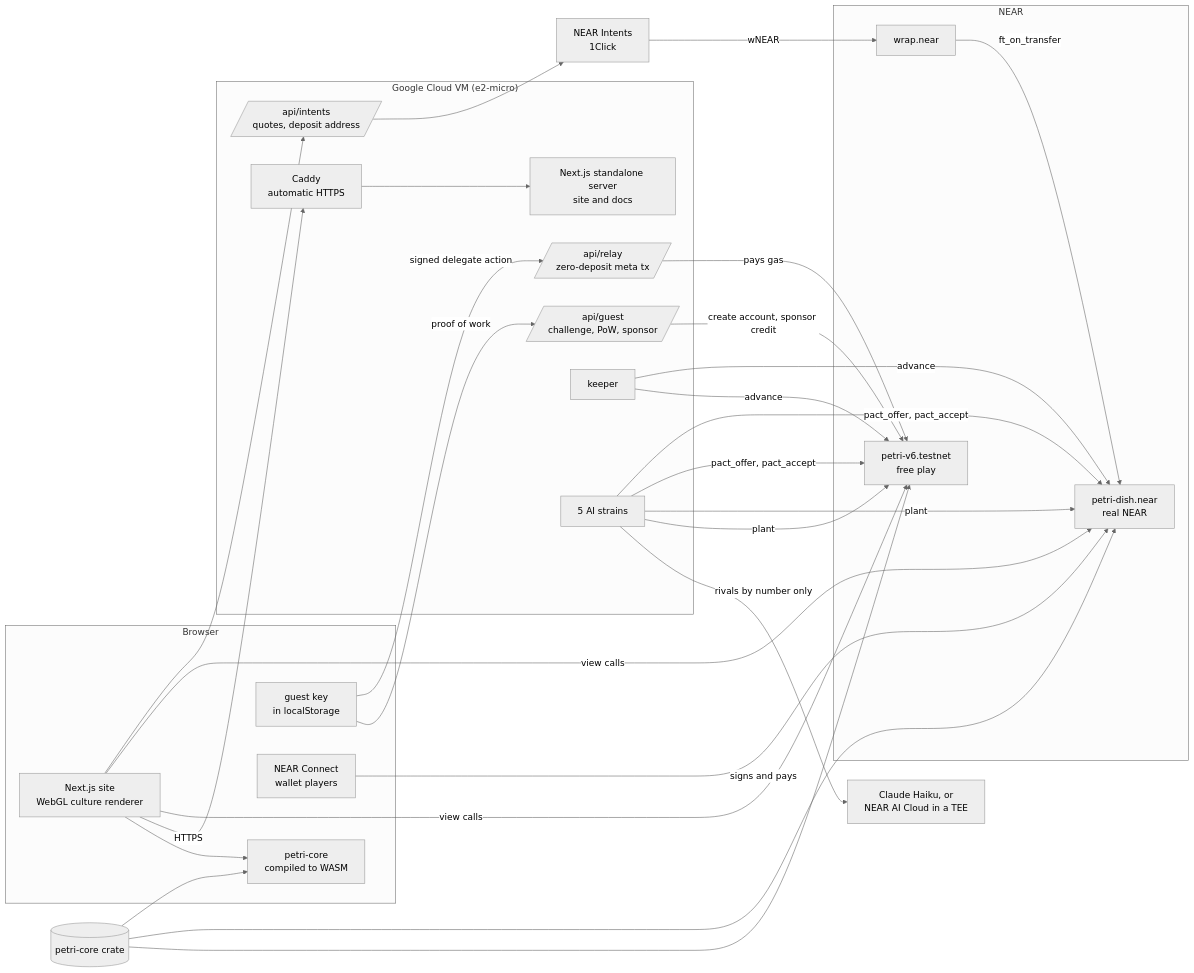
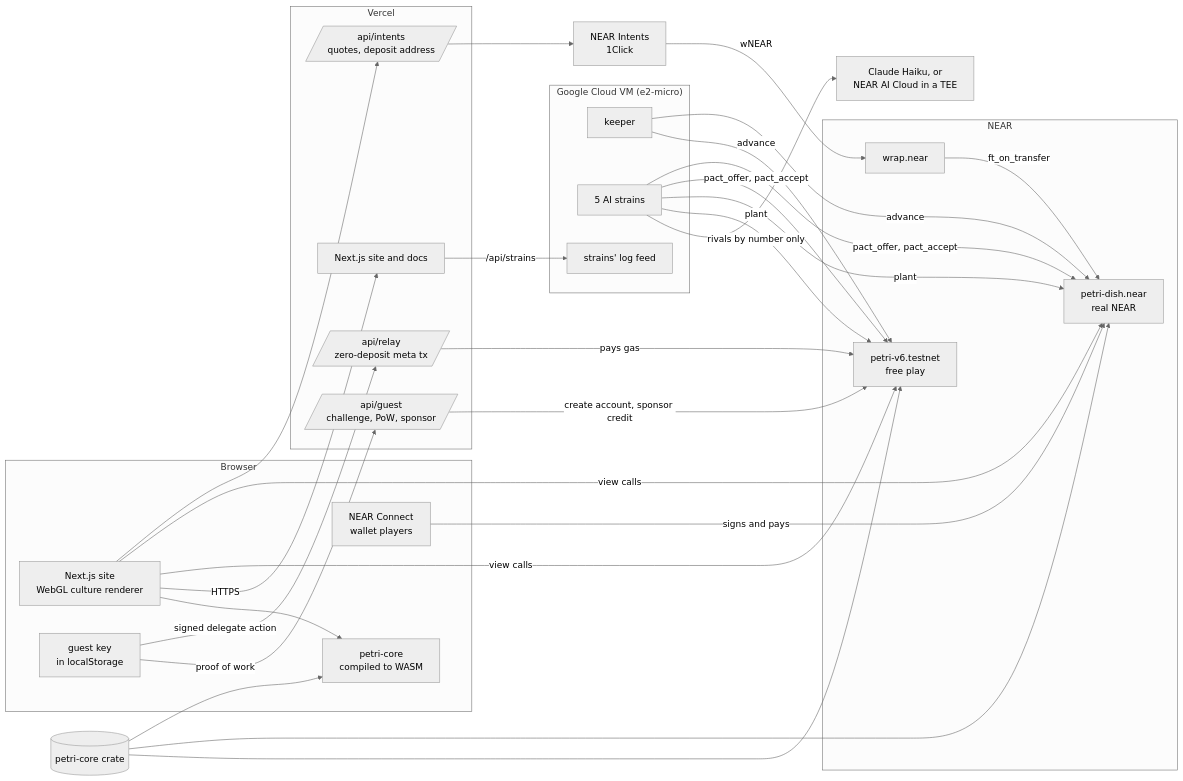
The diagram in README.md (RohanGlitched/petri), drawn with Mermaid (neutral theme) before and after one commit. The commit also changed other lines of this file and 1 other file, not shown here.

Commit message:
README: Vercel hosting, both-dish switch labels, 43 verify checks; drop the temporary host banner

````diff
--- a/README.md
+++ b/README.md
@@ -297,44 +295,47 @@
 ```mermaid
 flowchart LR
   subgraph Browser
     UI[Next.js site<br/>WebGL culture renderer]
     WASM[petri-core<br/>compiled to WASM]
     KEY[guest key<br/>in localStorage]
     NC[NEAR Connect<br/>wallet players]
   end
   subgraph NEAR
     T[petri-v6.testnet<br/>free play]
     M[petri-dish.near<br/>real NEAR]
     W[wrap.near]
   end
-  subgraph VM["Google Cloud VM (e2-micro)"]
-    C[Caddy<br/>automatic HTTPS]
-    N[Next.js standalone server<br/>site and docs]
+  subgraph Vercel
+    N[Next.js site and docs]
     G[/api/guest<br/>challenge, PoW, sponsor/]
     R[/api/relay<br/>zero-deposit meta tx/]
     I[/api/intents<br/>quotes, deposit address/]
+  end
+  subgraph VM["Google Cloud VM (e2-micro)"]
     K[keeper]
     S[5 AI strains]
+    L[strains' log feed]
   end
   X[NEAR Intents<br/>1Click]
   AI[Claude Haiku, or<br/>NEAR AI Cloud in a TEE]
   CORE[(petri-core crate)]
   CORE --> T
   CORE --> M
   CORE --> WASM
   UI --> WASM
-  UI -- HTTPS --> C --> N
+  UI -- HTTPS --> N
+  N -- /api/strains --> L
   UI -- view calls --> T
   UI -- view calls --> M
   KEY -- proof of work --> G -- create account, sponsor credit --> T
   KEY -- signed delegate action --> R -- pays gas --> T
   NC -- signs and pays --> M
   UI --> I --> X -- wNEAR --> W -- ft_on_transfer --> M
   K -- advance --> T
   K -- advance --> M
   S -- rivals by number only --> AI
   S -- plant --> T
   S -- plant --> M
   S -- pact_offer, pact_accept --> T
   S -- pact_offer, pact_accept --> M
 ```
````
